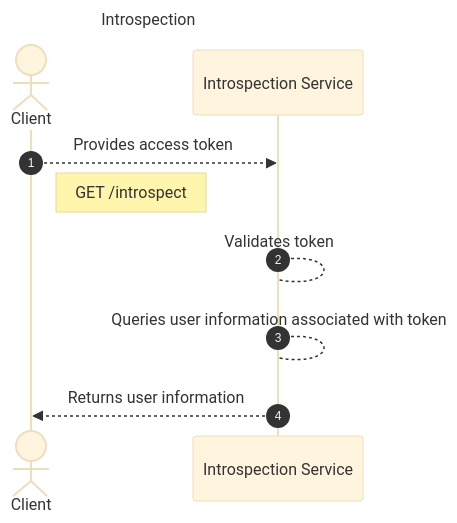
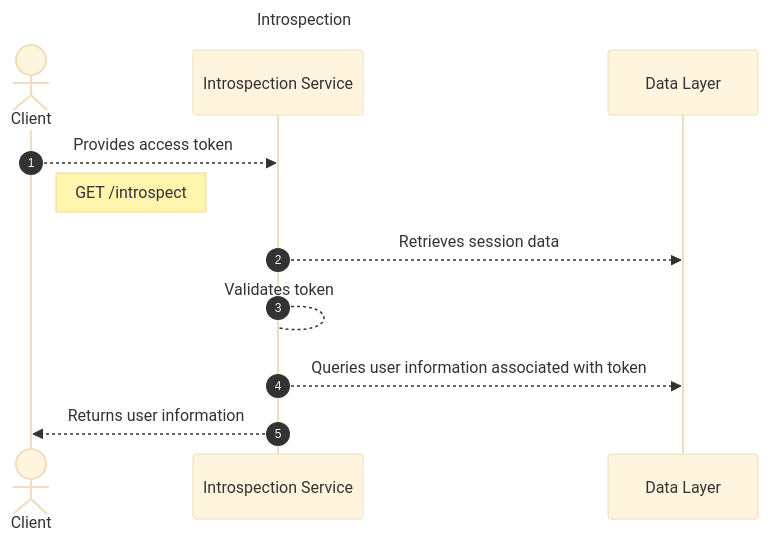
The second of 4 diagrams in README.md (dickdavis/oauth-flow-demo), drawn with Mermaid (base theme) before and after one commit. The commit also changed other lines of this file, not shown here.

Commit message:
Add data layer to diagrams

````diff
--- a/README.md
+++ b/README.md
@@ -45,16 +47,18 @@
 ```mermaid
 ---
 title: Introspection
 ---
 sequenceDiagram
 autonumber
 
 actor Client
 participant Introspection Service
+participant Data Layer
 
 Client-->>Introspection Service: Provides access token
 Note right of Client: GET /introspect
+Introspection Service-->>Data Layer: Retrieves session data
 Introspection Service-->Introspection Service: Validates token
-Introspection Service-->Introspection Service: Queries user information associated with token
+Introspection Service-->>Data Layer: Queries user information associated with token
 Introspection Service-->>Client: Returns user information
 ```
````
